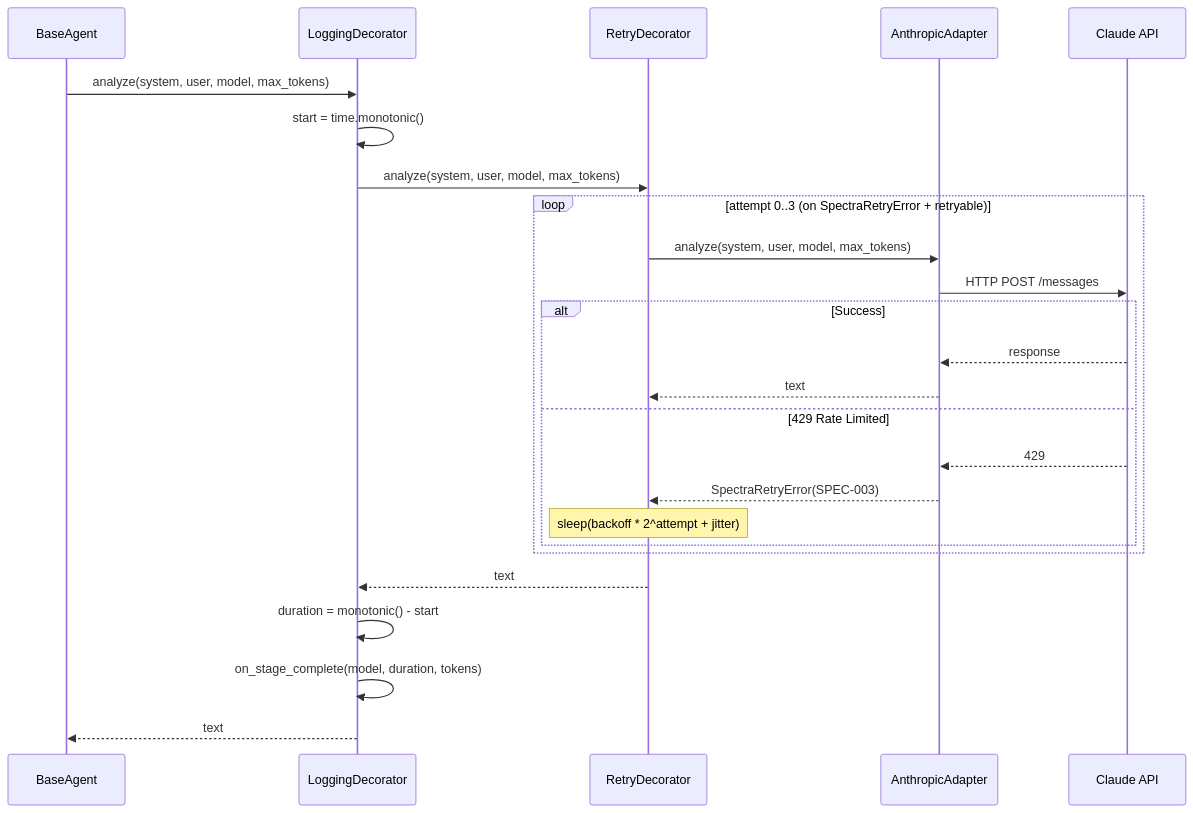
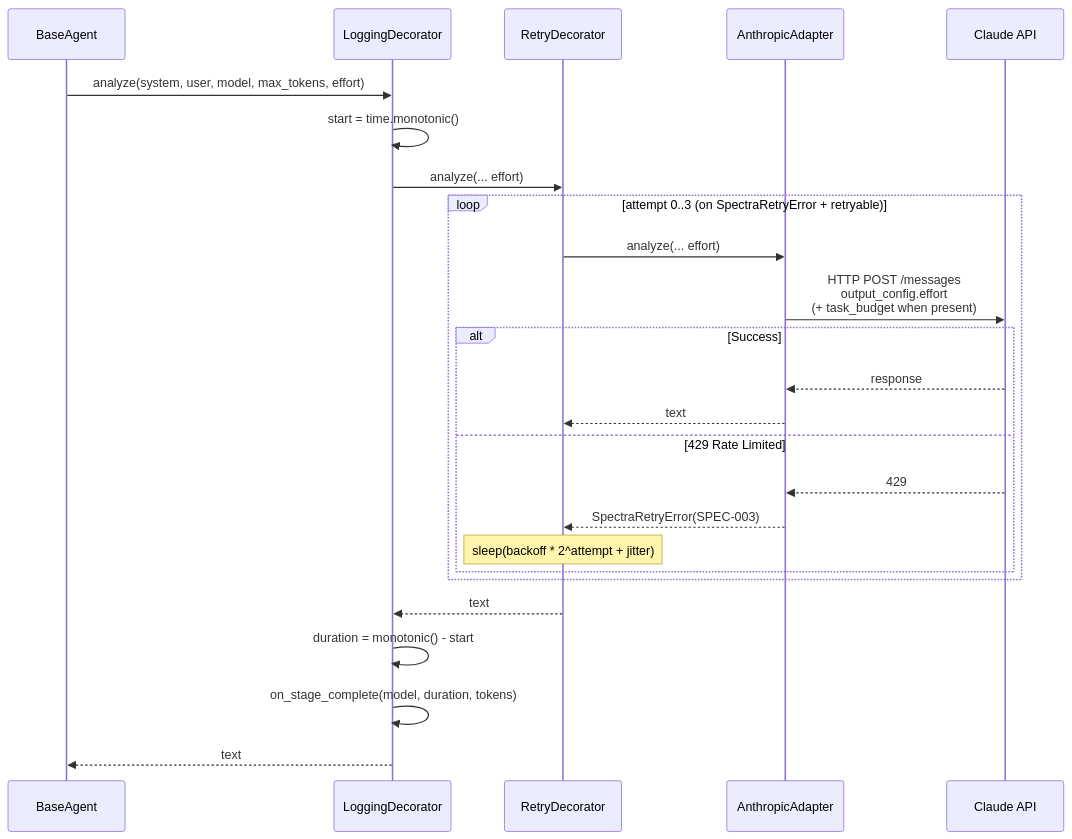
Before and after one commit to leocder07/spectra: the fifth of 5 diagrams in docs/diagrams/sequence-analysis-pipeline.md, drawn with Mermaid. The commit also changed other lines of this file and 15 other files, not shown here.

First line of the commit message:
docs(arch): v2 refresh — cache pipeline + Action distribution + better diagrams (#20)

````diff
--- a/docs/diagrams/sequence-analysis-pipeline.md
+++ b/docs/diagrams/sequence-analysis-pipeline.md
@@ -186,30 +272,30 @@
 ```mermaid
 sequenceDiagram
     participant Agent as BaseAgent
     participant Log as LoggingDecorator
     participant Retry as RetryDecorator
     participant API as AnthropicAdapter
     participant Claude as Claude API
 
-    Agent->>Log: analyze(system, user, model, max_tokens)
+    Agent->>Log: analyze(system, user, model, max_tokens, effort)
     Log->>Log: start = time.monotonic()
-    Log->>Retry: analyze(system, user, model, max_tokens)
+    Log->>Retry: analyze(... effort)
 
     loop attempt 0..3 (on SpectraRetryError + retryable)
-        Retry->>API: analyze(system, user, model, max_tokens)
-        API->>Claude: HTTP POST /messages
+        Retry->>API: analyze(... effort)
+        API->>Claude: HTTP POST /messages<br/>output_config.effort<br/>(+ task_budget when present)
         alt Success
             Claude-->>API: response
             API-->>Retry: text
         else 429 Rate Limited
             Claude-->>API: 429
             API-->>Retry: SpectraRetryError(SPEC-003)
             Note over Retry: sleep(backoff * 2^attempt + jitter)
         end
     end
 
     Retry-->>Log: text
     Log->>Log: duration = monotonic() - start
     Log->>Log: on_stage_complete(model, duration, tokens)
     Log-->>Agent: text
 ```
````
